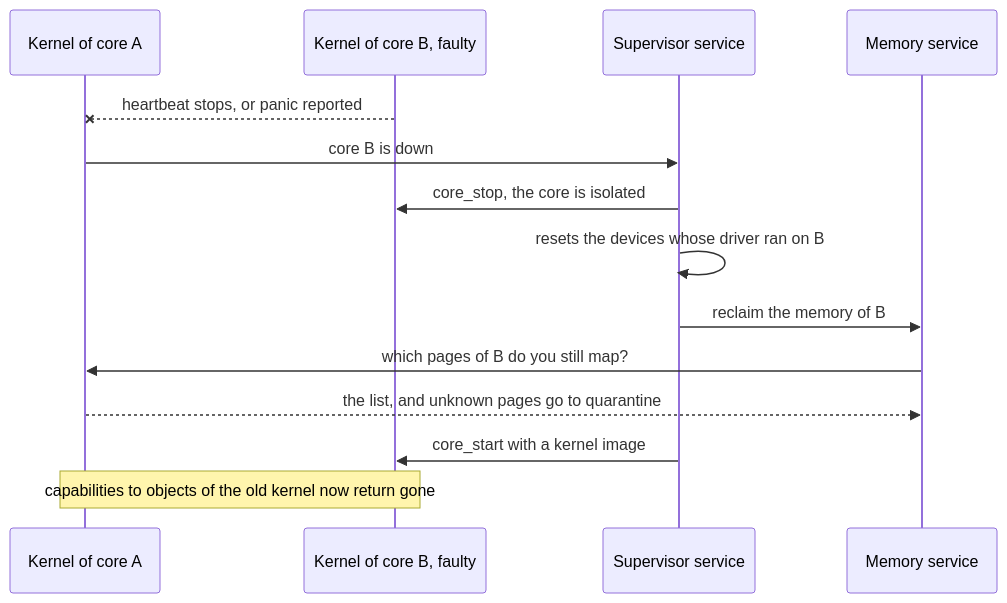
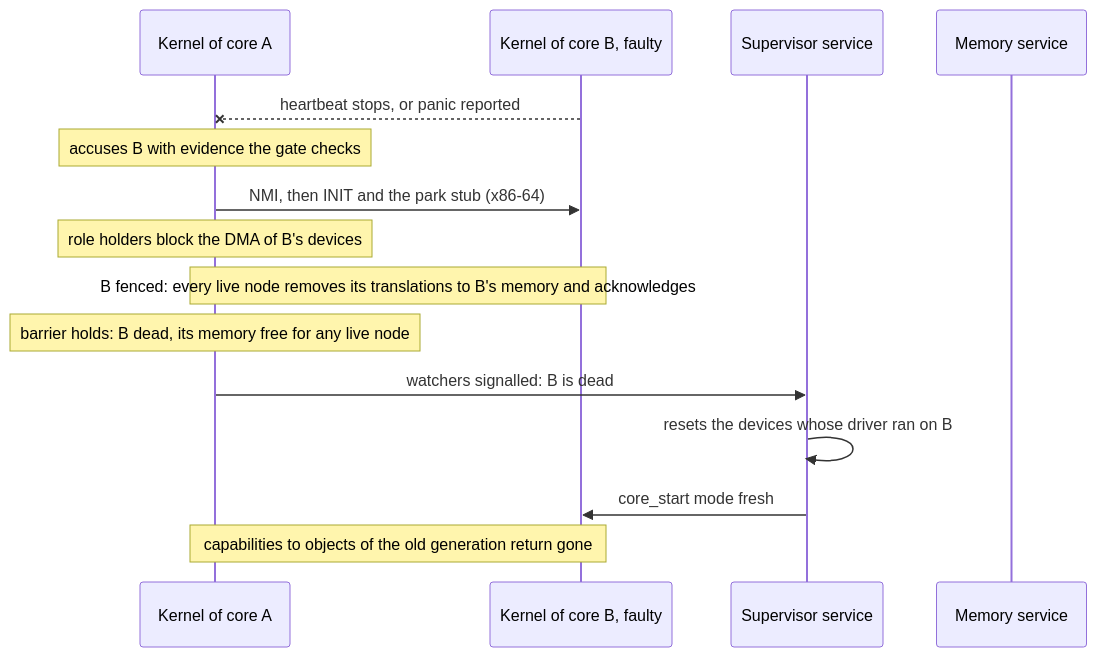
One commit to LES-RATS/dodos-doc changed the diagram in architecture/kernel.md. Above: the diagram before and after it, drawn with Mermaid. The commit also changed other lines of this file and 8 other files, not shown here.

First line of the commit message:
Tree: kernel.md, scheduling, memory, drivers, security and platform follow the contract; drafts marked integrated

````diff
--- a/architecture/kernel.md
+++ b/architecture/kernel.md
@@ -107,16 +109,17 @@
 ```mermaid
 sequenceDiagram
     participant A as Kernel of core A
     participant B as Kernel of core B, faulty
     participant V as Supervisor service
     participant M as Memory service
     B--xA: heartbeat stops, or panic reported
-    A->>V: core B is down
-    V->>B: core_stop, the core is isolated
+    Note over A: accuses B with evidence the gate checks
+    A->>B: NMI, then INIT and the park stub (x86-64)
+    Note over A: role holders block the DMA of B's devices
+    Note over A,B: B fenced: every live node removes its translations to B's memory and acknowledges
+    Note over A: barrier holds: B dead, its memory free for any live node
+    A->>V: watchers signalled: B is dead
     V->>V: resets the devices whose driver ran on B
-    V->>M: reclaim the memory of B
-    M->>A: which pages of B do you still map?
-    A-->>M: the list, and unknown pages go to quarantine
-    V->>B: core_start with a kernel image
-    Note over A,B: capabilities to objects of the old kernel now return gone
+    V->>B: core_start mode fresh
+    Note over A,B: capabilities to objects of the old generation return gone
 ```
````
